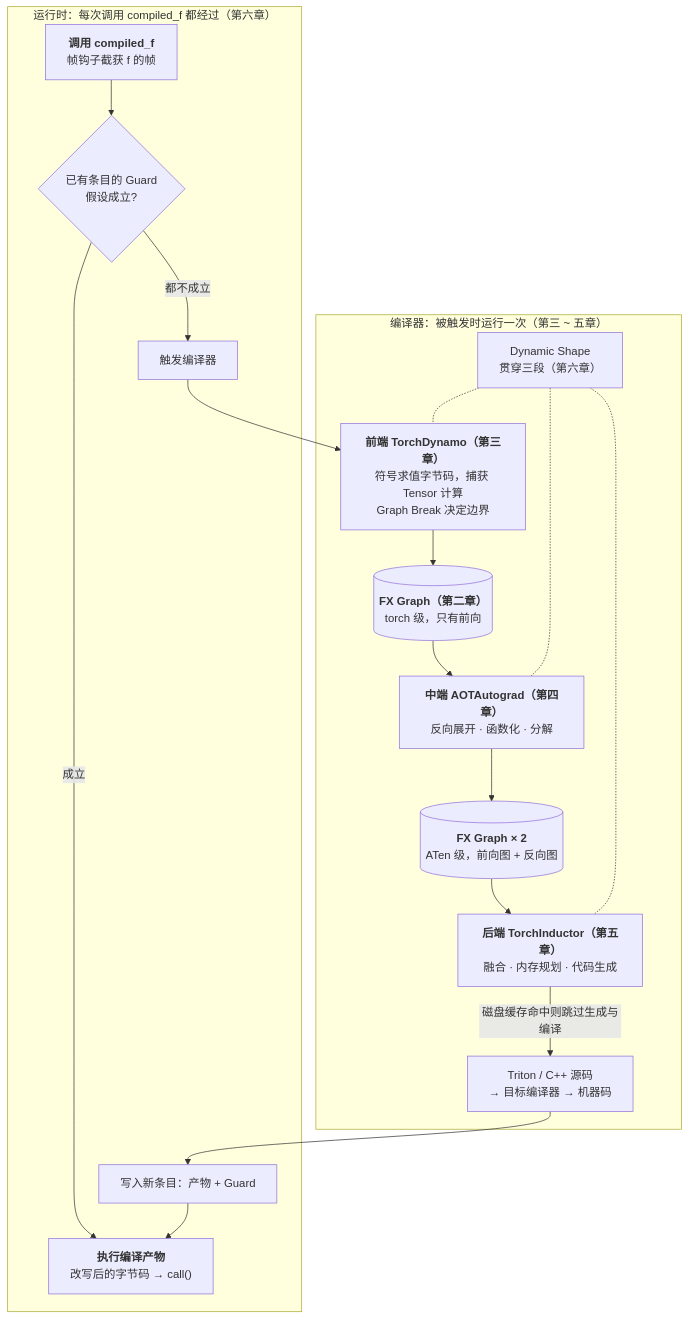
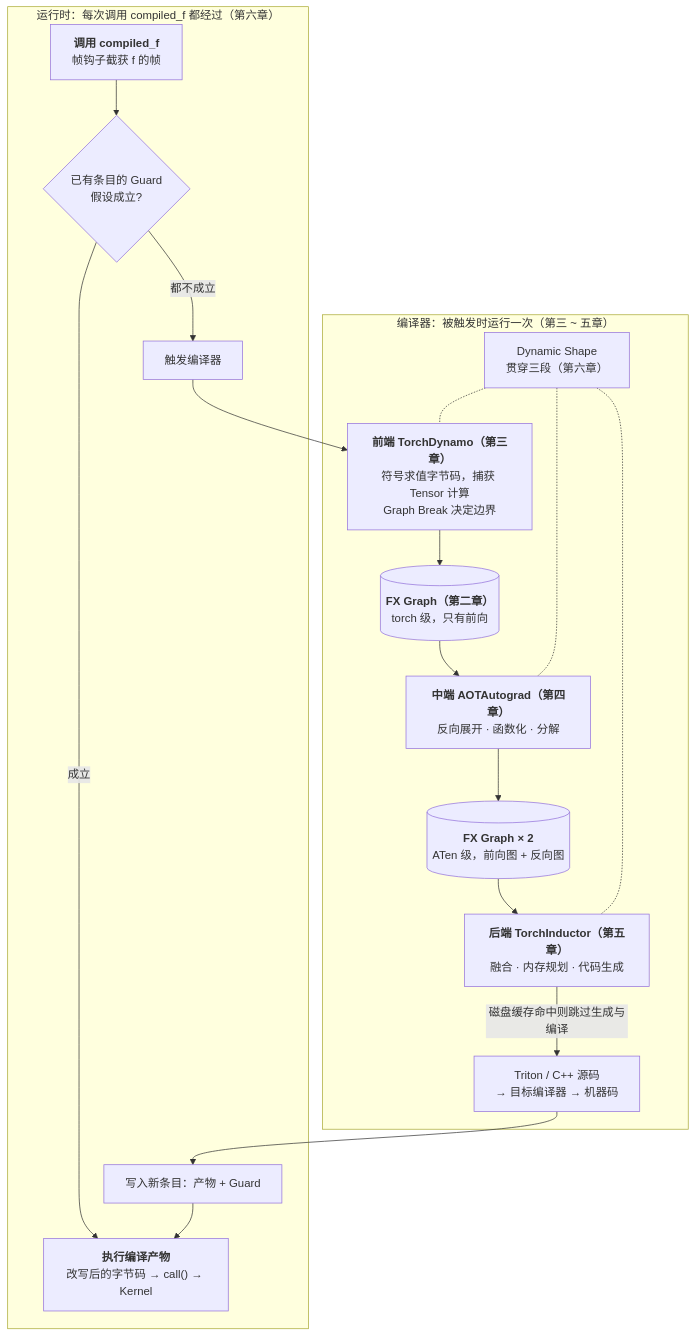
One commit to arganzheng/arganzheng.github.com changed the tenth of 10 diagrams in _posts/2026-02-23-pytorch-compilation-and-graph-optimization.md. Above: the diagram before and after it, drawn with Mermaid. The commit also changed other lines of this file and 3 other files, not shown here.

````diff
--- a/_posts/2026-02-23-pytorch-compilation-and-graph-optimization.md
+++ b/_posts/2026-02-23-pytorch-compilation-and-graph-optimization.md
@@ -1136,31 +1240,31 @@
 ```mermaid
 %% 图：回看总览的两层图：运行时的 Guard 检查与编译器的三段流水线，每个节点现在都有了具体内容
 flowchart TB
     subgraph RT["运行时：每次调用 compiled_f 都经过（第六章）"]
         CALL["<b>调用 compiled_f</b><br/>帧钩子截获 f 的帧"]
         GD{"已有条目的 Guard<br/>假设成立?"}
         TRIG["触发编译器"]
         DONE["写入新条目：产物 + Guard"]
-        RUN["<b>执行编译产物</b><br/>改写后的字节码 → call()"]
+        RUN["<b>执行编译产物</b><br/>改写后的字节码 → call() → Kernel"]
         CALL --> GD
         GD -- "成立" --> RUN
         GD -- "都不成立" --> TRIG
         DONE --> RUN
     end
     subgraph CP["编译器：被触发时运行一次（第三 ~ 五章）"]
         DY["<b>前端 TorchDynamo（第三章）</b><br/>符号求值字节码，捕获 Tensor 计算<br/>Graph Break 决定边界"]
         FX1[("<b>FX Graph（第二章）</b><br/>torch 级，只有前向")]
         AOT["<b>中端 AOTAutograd（第四章）</b><br/>反向展开 · 函数化 · 分解"]
         FX2[("<b>FX Graph × 2</b><br/>ATen 级，前向图 + 反向图")]
         IND["<b>后端 TorchInductor（第五章）</b><br/>融合 · 内存规划 · 代码生成"]
         CODE["Triton / C++ 源码<br/>→ 目标编译器 → 机器码"]
         DS["Dynamic Shape<br/>贯穿三段（第六章）"]
         DY --> FX1 --> AOT --> FX2 --> IND
         IND -- "磁盘缓存命中则跳过生成与编译" --> CODE
         DS -.- DY
         DS -.- AOT
         DS -.- IND
     end
     TRIG --> DY
     CODE --> DONE
 ```
````
